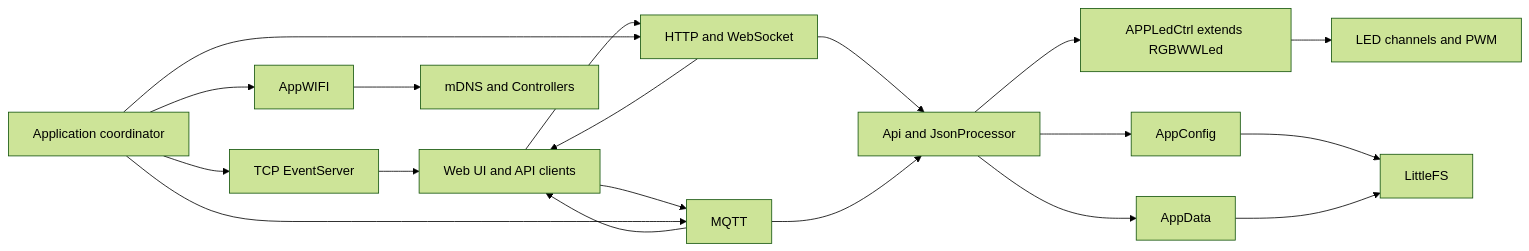
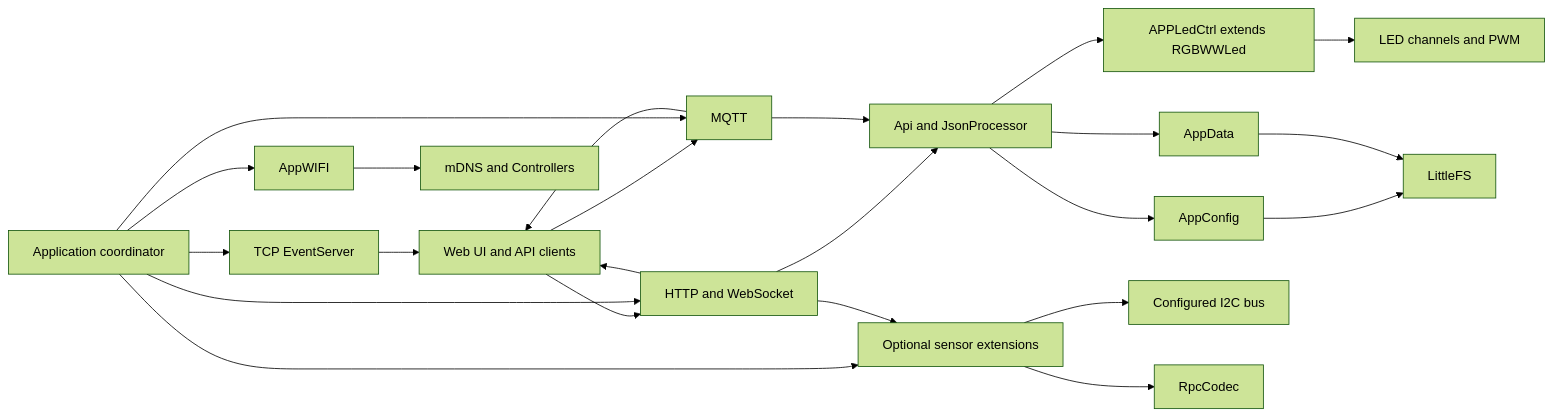
Before and after one commit to pljakobs/esp_rgbww_firmware: the diagram in FIRMWARE_ARCHITECTURE.md, drawn with Mermaid (forest theme). The commit also changed other lines of this file and 18 other files, not shown here.

Commit message:
docs: align 5.1 architecture and archive superseded plans

````diff
--- a/FIRMWARE_ARCHITECTURE.md
+++ b/FIRMWARE_ARCHITECTURE.md
@@ -14,21 +14,25 @@
 ```mermaid
 flowchart LR
     Clients[Web UI and API clients] --> HTTP[HTTP and WebSocket]
     Clients --> MQTT[MQTT]
     HTTP --> API[Api and JsonProcessor]
     MQTT --> API
-   API --> Control[APPLedCtrl extends RGBWWLed]
+    API --> Control[APPLedCtrl extends RGBWWLed]
    Control --> PWM[LED channels and PWM]
     API --> Config[AppConfig]
     API --> Data[AppData]
     Config --> FS[LittleFS]
     Data --> FS
     App[Application coordinator] --> HTTP
     App --> MQTT
+    App --> Sensors[Optional sensor extensions]
     App --> Event[TCP EventServer]
     App --> WiFi[AppWIFI]
     WiFi --> MDNS[mDNS and Controllers]
     Event --> Clients
     HTTP --> Clients
+    HTTP --> Sensors
     MQTT --> Clients
+    Sensors --> I2C[Configured I2C bus]
+    Sensors --> RpcCodec
 ```
````
